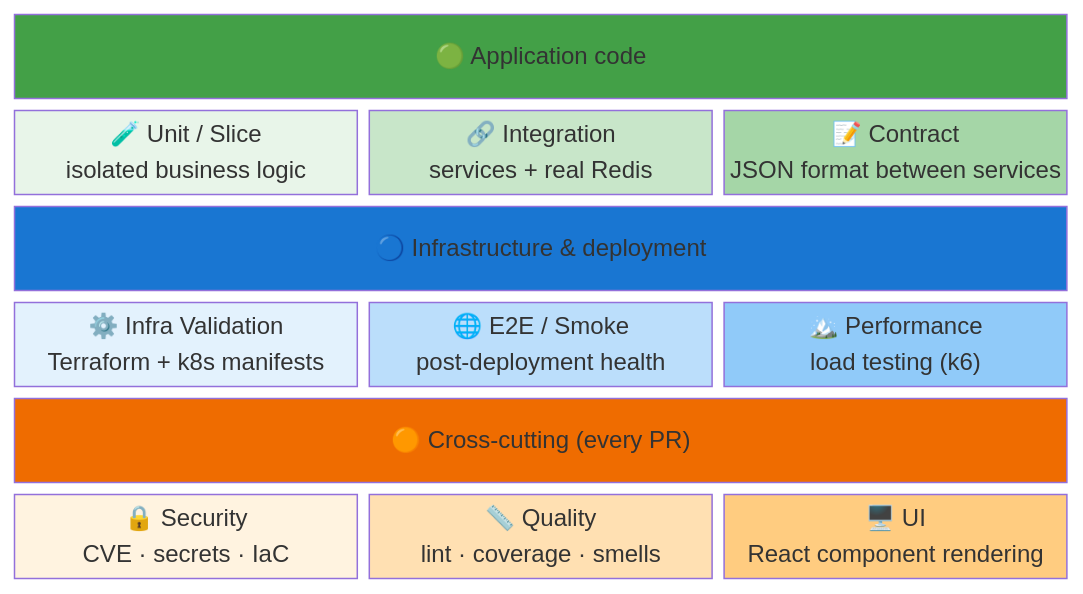
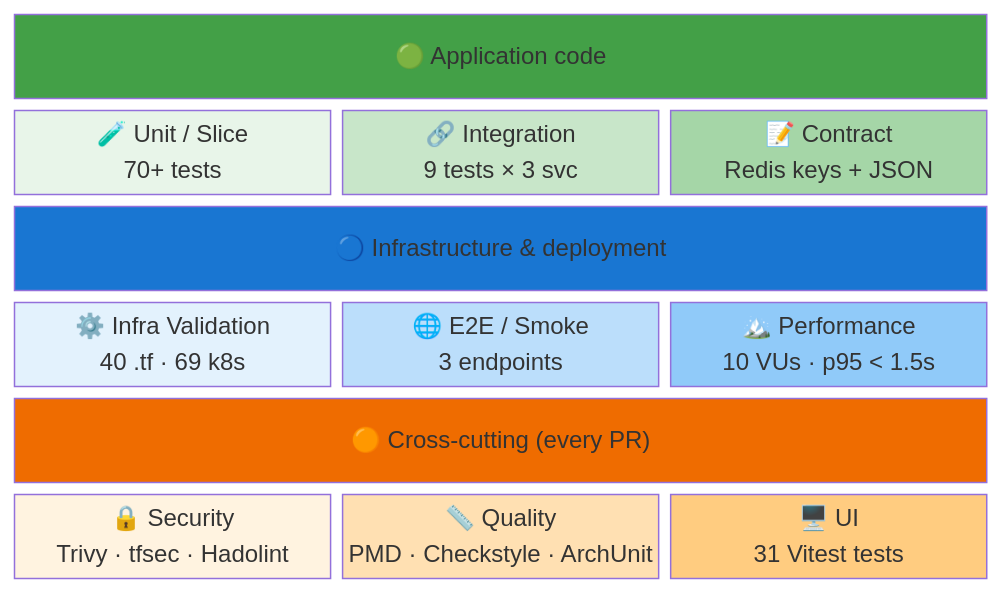
One commit to ClementV78/CloudRadar changed the fourth of 7 diagrams in docs/testing-overview-en.md. Above: the diagram before and after it, drawn with Mermaid. The commit also changed other lines of this file and 2 other files, not shown here.

First line of the commit message:
docs(meta): update testing-overview and README with accurate KPIs

````diff
--- a/docs/testing-overview-en.md
+++ b/docs/testing-overview-en.md
@@ -152,34 +152,34 @@
 ```mermaid
 block-beta
   columns 3
 
   APP["🟢 Application code"]:3
-  U["🧪 Unit / Slice<br>isolated business logic"]:1
-  I["🔗 Integration<br>services + real Redis"]:1
-  C["📝 Contract<br>JSON format between services"]:1
+  U["🧪 Unit / Slice<br>70+ tests"]:1
+  I["🔗 Integration<br>9 tests × 3 svc"]:1
+  C["📝 Contract<br>Redis keys + JSON"]:1
 
   INFRA["🔵 Infrastructure & deployment"]:3
-  IV["⚙️ Infra Validation<br>Terraform + k8s manifests"]:1
-  E["🌐 E2E / Smoke<br>post-deployment health"]:1
-  P["🏔️ Performance<br>load testing (k6)"]:1
+  IV["⚙️ Infra Validation<br>40 .tf · 69 k8s"]:1
+  E["🌐 E2E / Smoke<br>3 endpoints"]:1
+  P["🏔️ Performance<br>10 VUs · p95 < 1.5s"]:1
 
   CROSS["🟠 Cross-cutting (every PR)"]:3
-  S["🔒 Security<br>CVE · secrets · IaC"]:1
-  Q["📏 Quality<br>lint · coverage · smells"]:1
-  UI["🖥️ UI<br>React component rendering"]:1
+  S["🔒 Security<br>Trivy · tfsec · Hadolint"]:1
+  Q["📏 Quality<br>PMD · Checkstyle · ArchUnit"]:1
+  UI["🖥️ UI<br>31 Vitest tests"]:1
 
   style APP fill:#43a047,color:#fff
   style U fill:#e8f5e9,color:#000
   style I fill:#c8e6c9,color:#000
   style C fill:#a5d6a7,color:#000
 
   style INFRA fill:#1976d2,color:#fff
   style IV fill:#e3f2fd,color:#000
   style E fill:#bbdefb,color:#000
   style P fill:#90caf9,color:#000
 
   style CROSS fill:#ef6c00,color:#fff
   style S fill:#fff3e0,color:#000
   style Q fill:#ffe0b2,color:#000
   style UI fill:#ffcc80,color:#000
 ```
````
